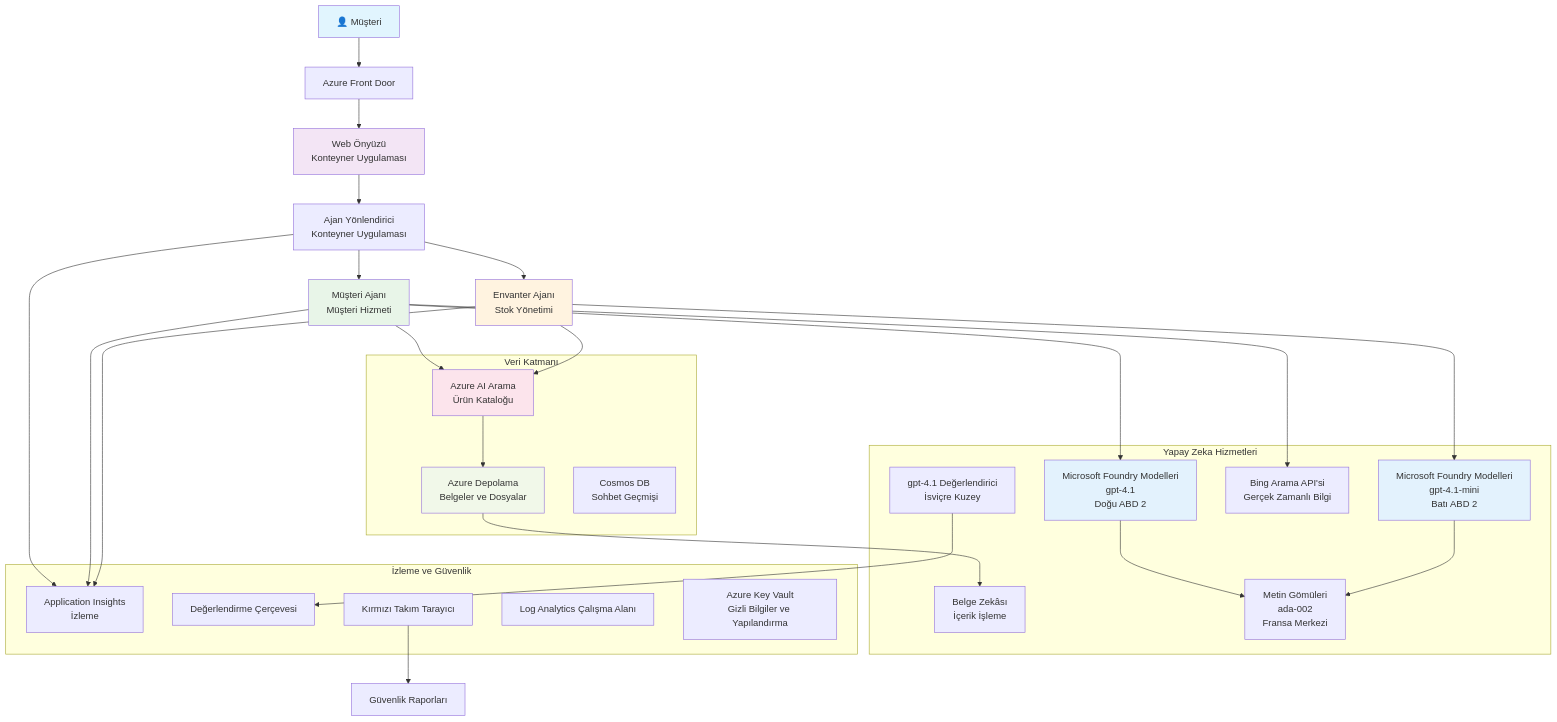
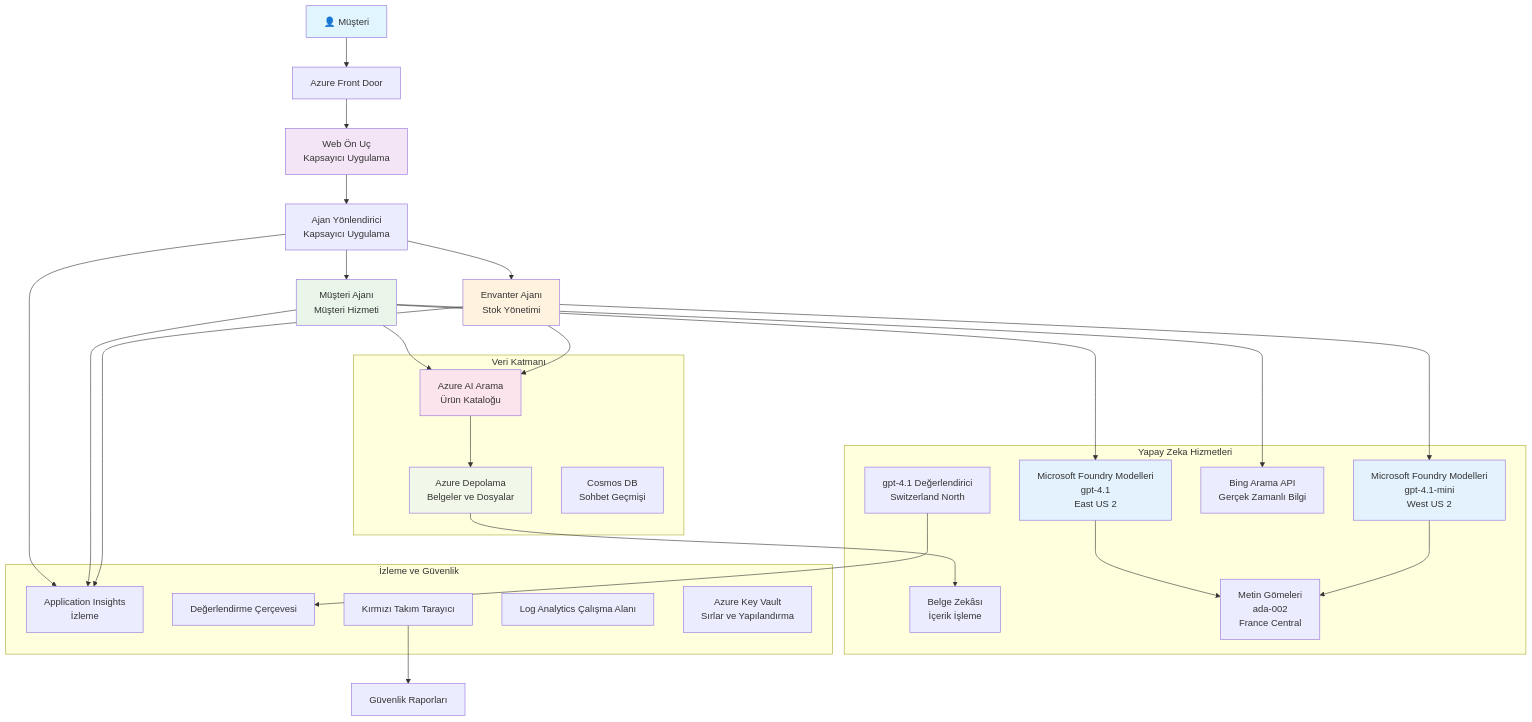
One commit to microsoft/AZD-for-beginners changed the diagram in translations/tr/examples/retail-scenario.md. Above: the diagram before and after it, drawn with Mermaid. The commit also changed other lines of this file and 104 other files, not shown here.

````diff
--- a/translations/tr/examples/retail-scenario.md
+++ b/translations/tr/examples/retail-scenario.md
@@ -139,61 +139,61 @@
 ```mermaid
 graph TB
     User[👤 Müşteri] --> LB[Azure Front Door]
-    LB --> WebApp[Web Önyüzü<br/>Konteyner Uygulaması]
+    LB --> WebApp[Web Ön Uç<br/>Kapsayıcı Uygulama]
     
-    WebApp --> Router[Ajan Yönlendirici<br/>Konteyner Uygulaması]
+    WebApp --> Router[Ajan Yönlendirici<br/>Kapsayıcı Uygulama]
     Router --> CustomerAgent[Müşteri Ajanı<br/>Müşteri Hizmeti]
     Router --> InvAgent[Envanter Ajanı<br/>Stok Yönetimi]
     
-    CustomerAgent --> OpenAI1[Microsoft Foundry Modelleri<br/>gpt-4.1<br/>Doğu ABD 2]
-    InvAgent --> OpenAI2[Microsoft Foundry Modelleri<br/>gpt-4.1-mini<br/>Batı ABD 2]
+    CustomerAgent --> OpenAI1[Microsoft Foundry Modelleri<br/>gpt-4.1<br/>East US 2]
+    InvAgent --> OpenAI2[Microsoft Foundry Modelleri<br/>gpt-4.1-mini<br/>West US 2]
     
     CustomerAgent --> AISearch[Azure AI Arama<br/>Ürün Kataloğu]
-    CustomerAgent --> BingSearch[Bing Arama API'si<br/>Gerçek Zamanlı Bilgi]
+    CustomerAgent --> BingSearch[Bing Arama API<br/>Gerçek Zamanlı Bilgi]
     InvAgent --> AISearch
     
     AISearch --> Storage[Azure Depolama<br/>Belgeler ve Dosyalar]
     Storage --> DocIntel[Belge Zekâsı<br/>İçerik İşleme]
     
-    OpenAI1 --> Embeddings[Metin Gömüleri<br/>ada-002<br/>Fransa Merkezi]
+    OpenAI1 --> Embeddings[Metin Gömeleri<br/>ada-002<br/>France Central]
     OpenAI2 --> Embeddings
     
     Router --> AppInsights[Application Insights<br/>İzleme]
     CustomerAgent --> AppInsights
     InvAgent --> AppInsights
     
-    GraderModel[gpt-4.1 Değerlendirici<br/>İsviçre Kuzey] --> Evaluation[Değerlendirme Çerçevesi]
+    GraderModel[gpt-4.1 Değerlendirici<br/>Switzerland North] --> Evaluation[Değerlendirme Çerçevesi]
     RedTeam[Kırmızı Takım Tarayıcı] --> SecurityReports[Güvenlik Raporları]
     
     subgraph "Veri Katmanı"
         Storage
         AISearch
         CosmosDB[Cosmos DB<br/>Sohbet Geçmişi]
     end
     
     subgraph "Yapay Zeka Hizmetleri"
         OpenAI1
         OpenAI2
         Embeddings
         GraderModel
         DocIntel
         BingSearch
     end
     
     subgraph "İzleme ve Güvenlik"
         AppInsights
         LogAnalytics[Log Analytics Çalışma Alanı]
-        KeyVault[Azure Key Vault<br/>Gizli Bilgiler ve Yapılandırma]
+        KeyVault[Azure Key Vault<br/>Sırlar ve Yapılandırma]
         RedTeam
         Evaluation
     end
     
     style User fill:#e1f5fe
     style WebApp fill:#f3e5f5
     style CustomerAgent fill:#e8f5e8
     style InvAgent fill:#fff3e0
     style OpenAI1 fill:#e3f2fd
     style OpenAI2 fill:#e3f2fd
     style AISearch fill:#fce4ec
     style Storage fill:#f1f8e9
 ```
````
